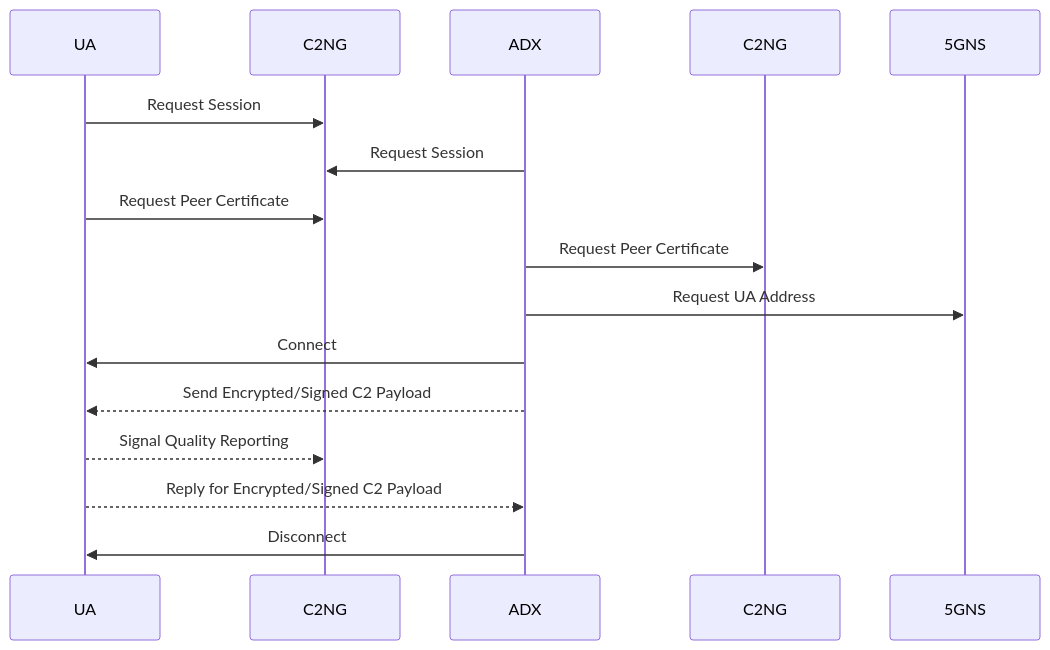
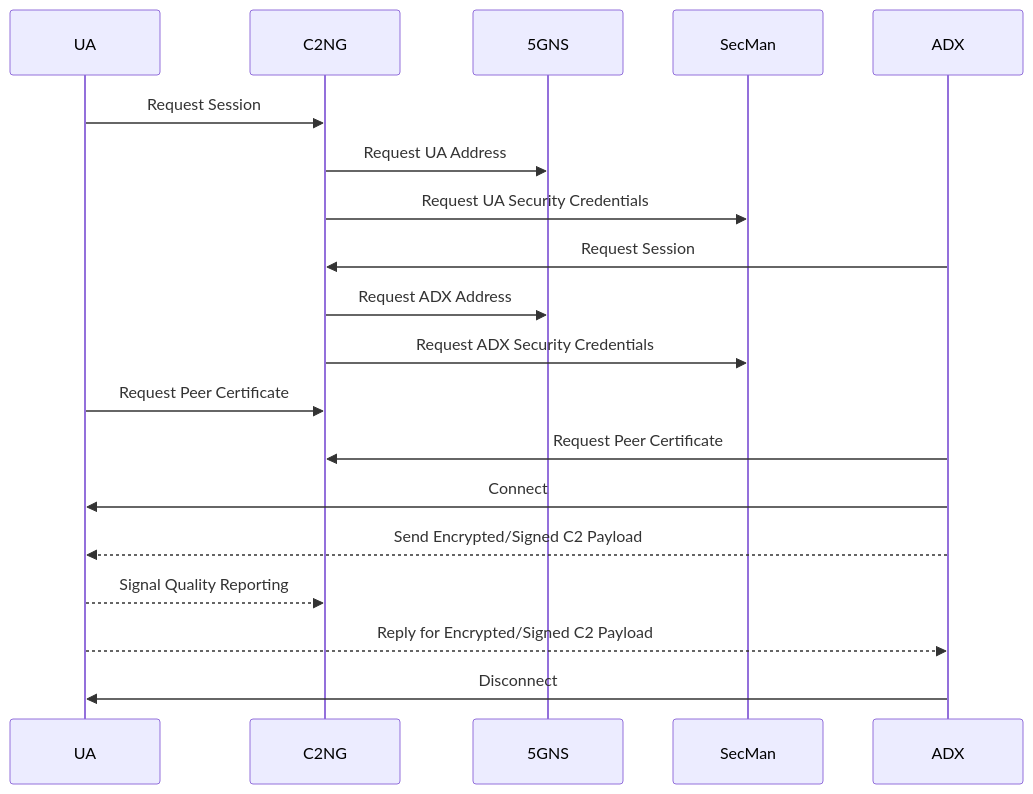
One commit to flyvercity/iot-ngin-c2ng changed the fifth of 6 diagrams in docs/GENERAL.md. Above: the diagram before and after it, drawn with Mermaid.

Commit message:
docs: Added signal report to interactions

````diff
--- a/docs/GENERAL.md
+++ b/docs/GENERAL.md
@@ -157,13 +157,16 @@
 ```mermaid
 sequenceDiagram
     UA ->> C2NG: Request Session
+    C2NG ->> 5GNS: Request UA Address
+    C2NG ->> SecMan: Request UA Security Credentials
     ADX ->> C2NG: Request Session
+    C2NG ->> 5GNS: Request ADX Address
+    C2NG ->> SecMan: Request ADX Security Credentials
     UA ->> C2NG: Request Peer Certificate
-    ADX ->> С2NG: Request Peer Certificate
-    ADX ->> 5GNS: Request UA Address
+    ADX ->> C2NG: Request Peer Certificate
     ADX ->> UA: Connect
     ADX -->> UA: Send Encrypted/Signed C2 Payload
     UA -->> C2NG: Signal Quality Reporting
     UA -->> ADX: Reply for Encrypted/Signed C2 Payload
     ADX ->> UA: Disconnect
 ```
````
